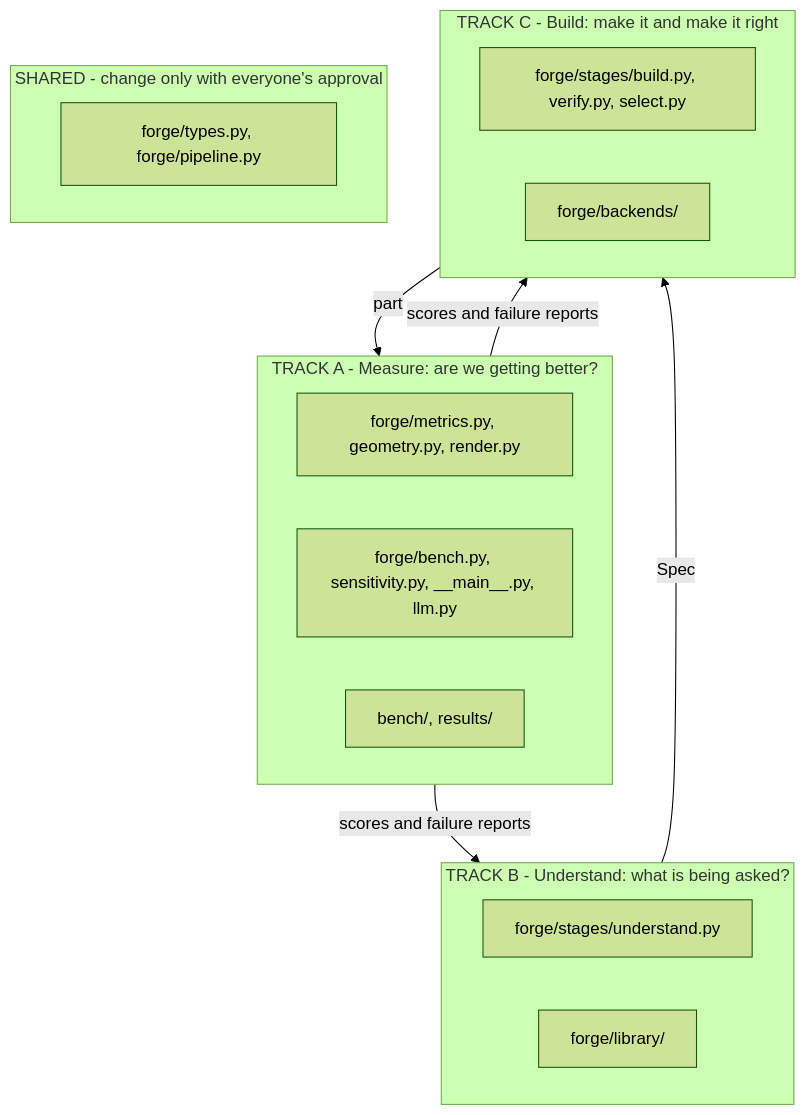
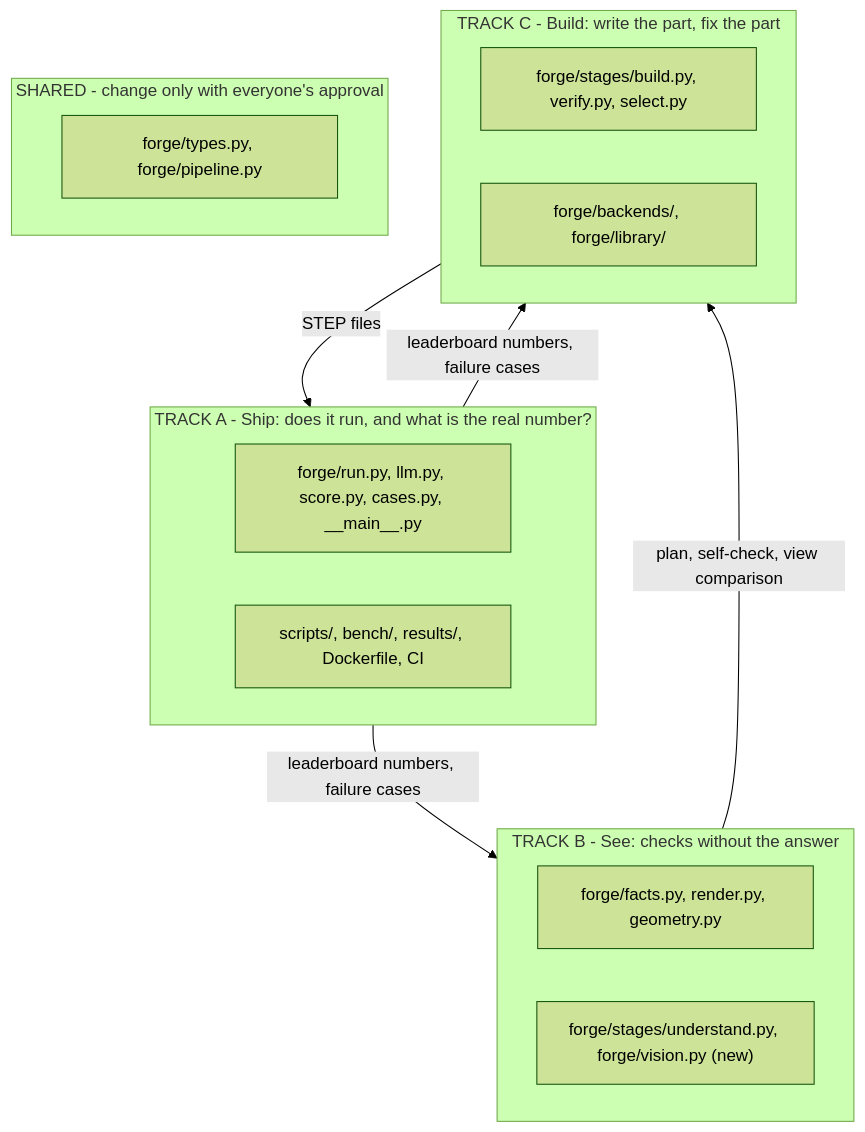
Before and after one commit to rumutaydin/sphere-forge-agent: the second of 4 diagrams in docs/STRATEGY.md, drawn with Mermaid (forest theme). The commit also changed other lines of this file and 236 other files, not shown here.

First line of the commit message:
Rebuild around the kickoff rules: STEP only, facts self-check, organiser entry point

````diff
--- a/docs/STRATEGY.md
+++ b/docs/STRATEGY.md
@@ -22,23 +32,22 @@
 ```mermaid
 flowchart TB
-    subgraph A["TRACK A - Measure: are we getting better?"]
-        A1["forge/metrics.py, geometry.py, render.py"]
-        A2["forge/bench.py, sensitivity.py, __main__.py, llm.py"]
-        A3["bench/, results/"]
+    subgraph A["TRACK A - Ship: does it run, and what is the real number?"]
+        A1["forge/run.py, llm.py, score.py, cases.py, __main__.py"]
+        A2["scripts/, bench/, results/, Dockerfile, CI"]
     end
-    subgraph B["TRACK B - Understand: what is being asked?"]
-        B1["forge/stages/understand.py"]
-        B2["forge/library/"]
+    subgraph B["TRACK B - See: checks without the answer"]
+        B1["forge/facts.py, render.py, geometry.py"]
+        B2["forge/stages/understand.py, forge/vision.py (new)"]
     end
-    subgraph C["TRACK C - Build: make it and make it right"]
+    subgraph C["TRACK C - Build: write the part, fix the part"]
         C1["forge/stages/build.py, verify.py, select.py"]
-        C2["forge/backends/"]
+        C2["forge/backends/, forge/library/"]
     end
     subgraph S["SHARED - change only with everyone's approval"]
         S1["forge/types.py, forge/pipeline.py"]
     end
-    B -- "Spec" --> C
-    C -- "part" --> A
-    A -- "scores and failure reports" --> B
-    A -- "scores and failure reports" --> C
+    B -- "plan, self-check, view comparison" --> C
+    C -- "STEP files" --> A
+    A -- "leaderboard numbers, failure cases" --> B
+    A -- "leaderboard numbers, failure cases" --> C
 ```
````
